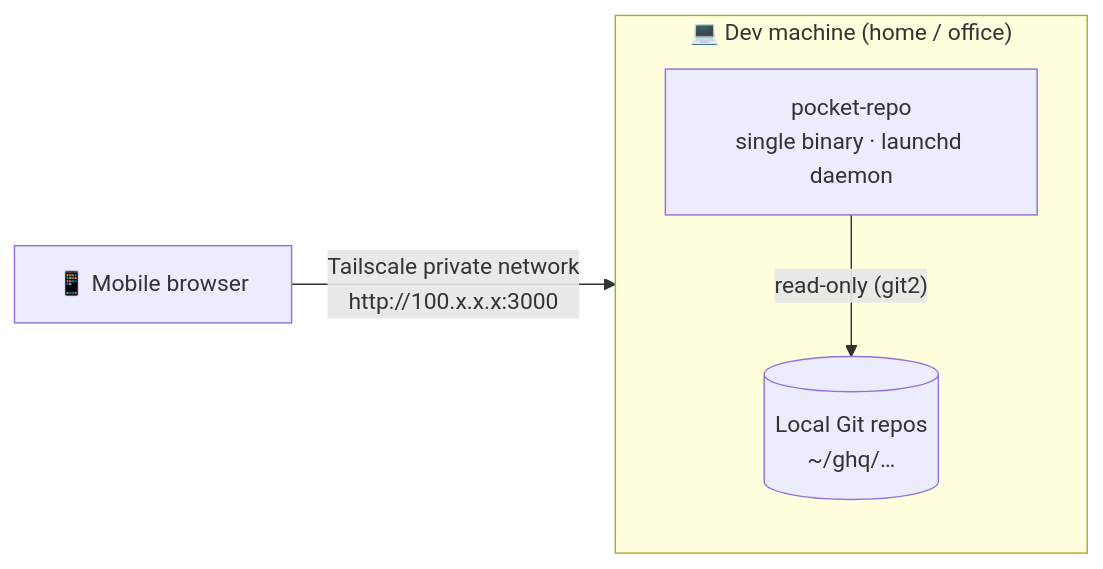
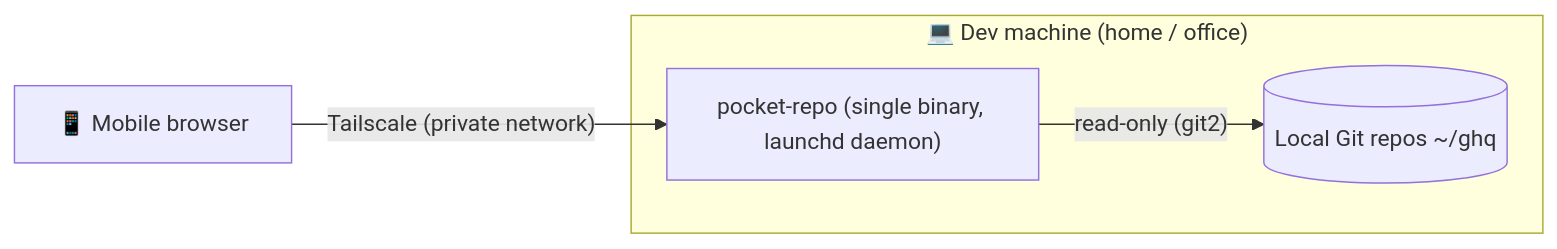
One commit to ppdx999/pocket-repo changed the diagram in README.md. Above: the diagram before and after it, drawn with Mermaid.

Commit message:
Fix Mermaid diagram not rendering
The edge labels used the `-- "text" -->` form with <br/> and a URL,
which broke the parser. Use the pipe form `-->|"text"|`, drop the inline
<br/> and URL, and remove the subgraph `direction` for robustness.

Claude-Session: https://claude.ai/code/session_01Vp4Ry4nqCHanKpsiPtduyG

````diff
--- a/README.md
+++ b/README.md
@@ -25,13 +25,12 @@
 ```mermaid
 flowchart LR
-    B["📱 Mobile browser"]
+    phone["📱 Mobile browser"]
 
     subgraph dev["💻 Dev machine (home / office)"]
-      direction TB
-      S["pocket-repo<br/>single binary · launchd daemon"]
-      R[("Local Git repos<br/>~/ghq/…")]
-      S -- "read-only (git2)" --> R
+        server["pocket-repo (single binary, launchd daemon)"]
+        repos[("Local Git repos ~/ghq")]
+        server -->|"read-only (git2)"| repos
     end
 
-    B -- "Tailscale private network<br/>http://100.x.x.x:3000" --> S
+    phone -->|"Tailscale (private network)"| server
 ```
````
